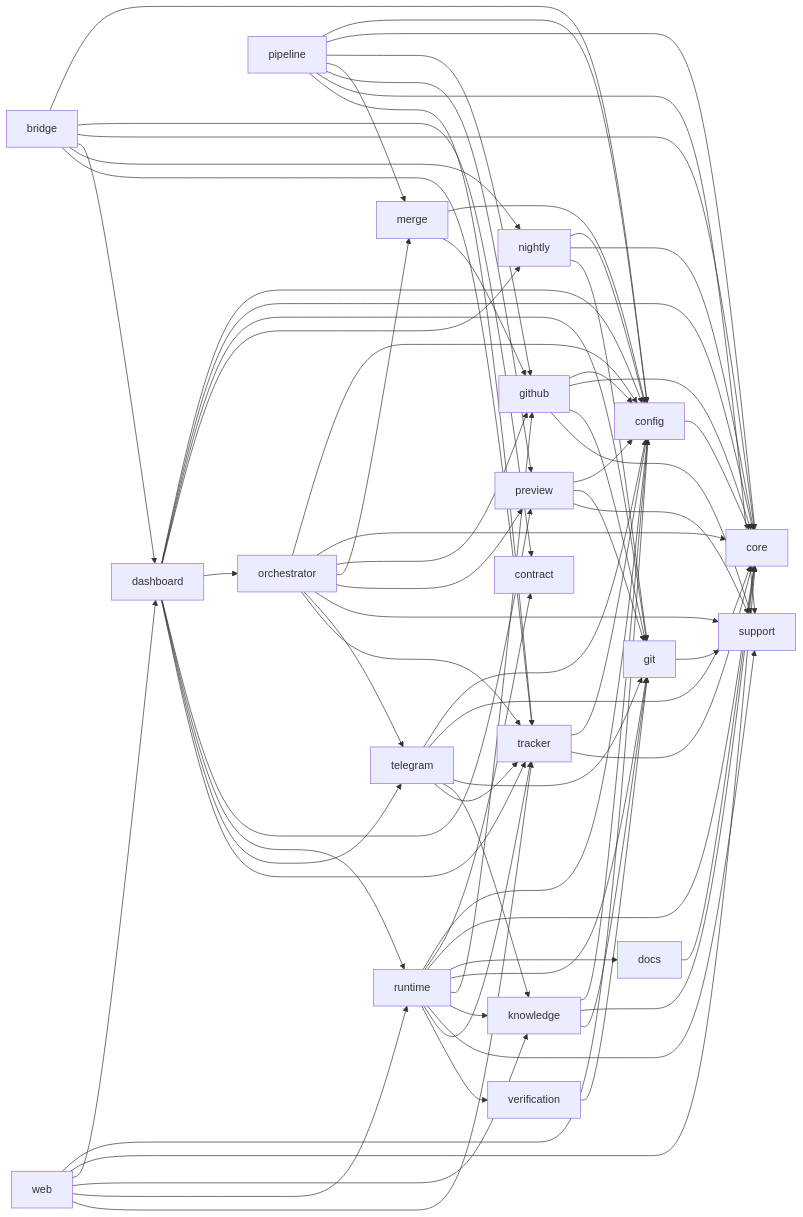
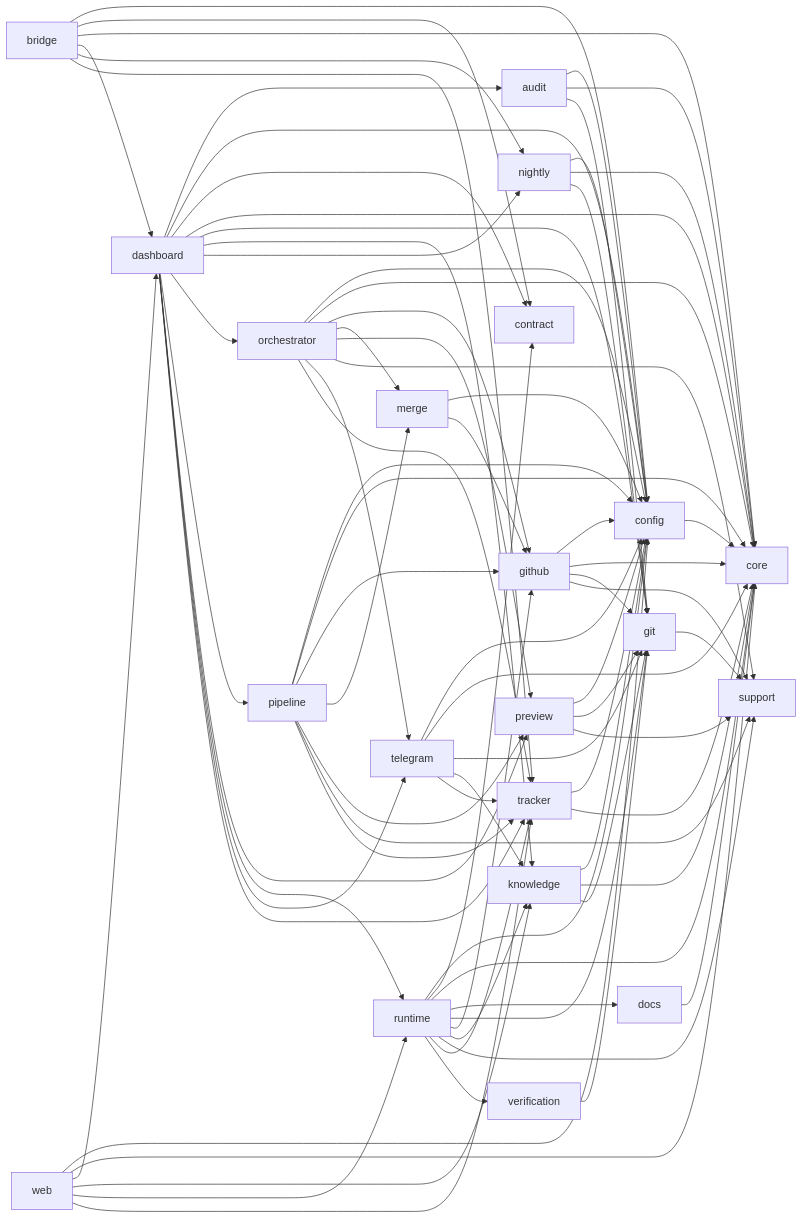
One commit to robbertvdzon/software-factory changed the diagram in docs/technical/module-dependencies.md. Above: the diagram before and after it, drawn with Mermaid. The commit also changed other lines of this file and 122 other files, not shown here.

````diff
--- a/docs/technical/module-dependencies.md
+++ b/docs/technical/module-dependencies.md
@@ -32,5 +33,6 @@
 ```mermaid
 flowchart LR
+    audit["audit"]
     bridge["bridge"]
     config["config"]
     contract["contract"]
@@ -51,6 +53,9 @@
     tracker["tracker"]
     verification["verification"]
     web["web"]
+    audit --> config
+    audit --> core
+    audit --> git
     bridge --> config
     bridge --> contract
     bridge --> core
@@ -58,11 +63,15 @@
     bridge --> nightly
     bridge --> tracker
     config --> core
+    dashboard --> audit
     dashboard --> config
+    dashboard --> contract
     dashboard --> core
     dashboard --> git
+    dashboard --> knowledge
     dashboard --> nightly
     dashboard --> orchestrator
+    dashboard --> pipeline
     dashboard --> preview
     dashboard --> runtime
     dashboard --> telegram
````
